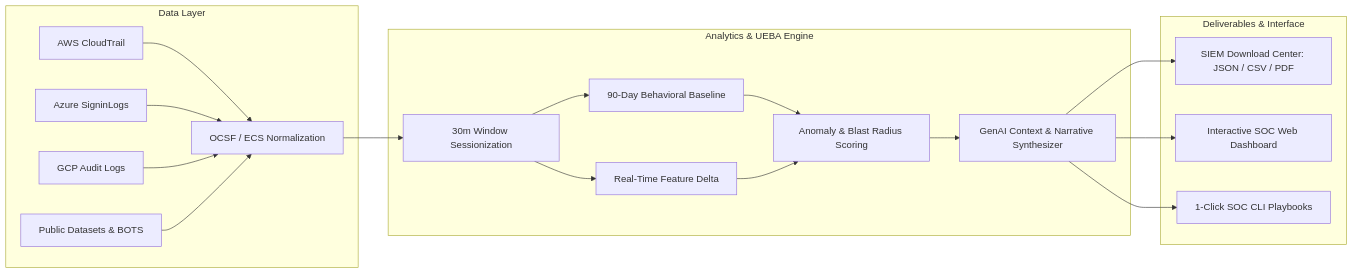
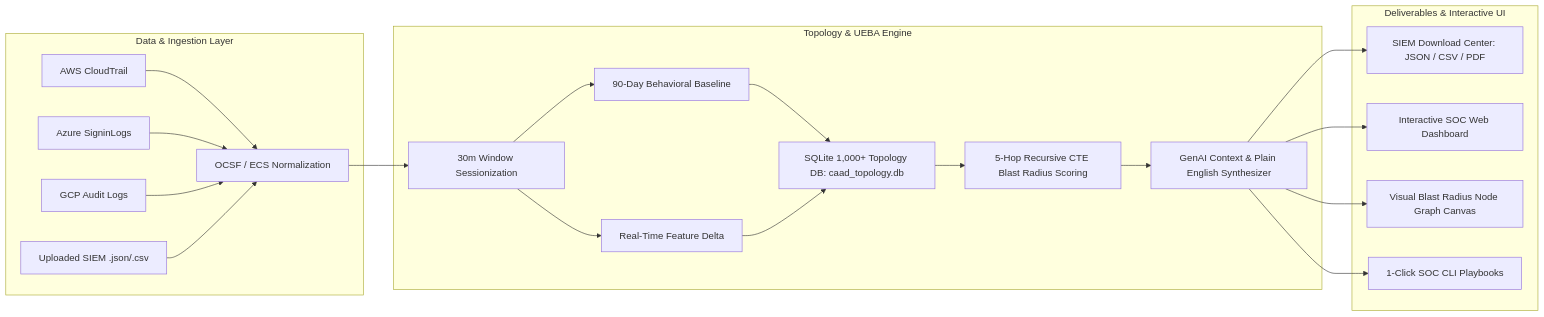
One commit to ramknathchn/SIEM-Analysis changed the diagram in implementation_plan.md. Above: the diagram before and after it, drawn with Mermaid. The commit also changed other lines of this file and 2 other files, not shown here.

Commit message:
docs: Update implementation_plan.md and add interactive Blast Radius Canvas Node Graph

````diff
--- a/implementation_plan.md
+++ b/implementation_plan.md
@@ -28,23 +30,25 @@
 ```mermaid
 flowchart LR
-    subgraph Data Layer
+    subgraph Data & Ingestion Layer
         A1[AWS CloudTrail] --> B[OCSF / ECS Normalization]
         A2[Azure SigninLogs] --> B
         A3[GCP Audit Logs] --> B
-        A4[Public Datasets & BOTS] --> B
+        A4[Uploaded SIEM .json/.csv] --> B
     end
 
-    subgraph Analytics & UEBA Engine
+    subgraph Topology & UEBA Engine
         B --> C[30m Window Sessionization]
         C --> D[90-Day Behavioral Baseline]
         C --> E[Real-Time Feature Delta]
-        D & E --> F[Anomaly & Blast Radius Scoring]
-        F --> G[GenAI Context & Narrative Synthesizer]
+        D & E --> F[SQLite 1,000+ Topology DB: caad_topology.db]
+        F --> G[5-Hop Recursive CTE Blast Radius Scoring]
+        G --> H[GenAI Context & Plain English Synthesizer]
     end
 
-    subgraph Deliverables & Interface
-        G --> H[SIEM Download Center: JSON / CSV / PDF]
-        G --> I[Interactive SOC Web Dashboard]
-        G --> J[1-Click SOC CLI Playbooks]
+    subgraph Deliverables & Interactive UI
+        H --> I[SIEM Download Center: JSON / CSV / PDF]
+        H --> J[Interactive SOC Web Dashboard]
+        H --> K[Visual Blast Radius Node Graph Canvas]
+        H --> L[1-Click SOC CLI Playbooks]
     end
 ```
````
